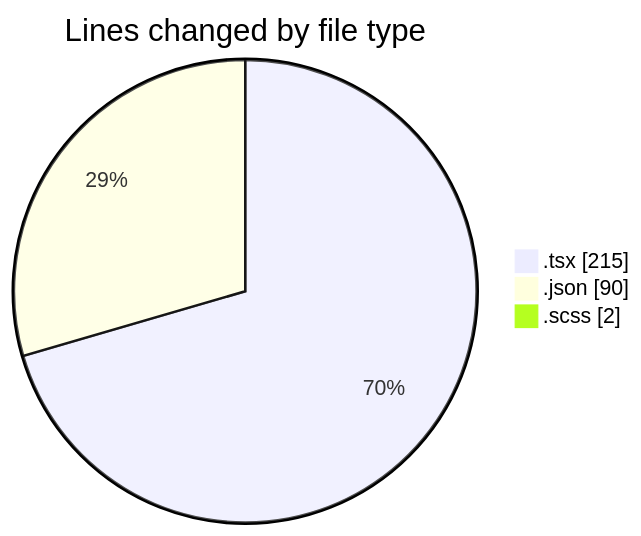
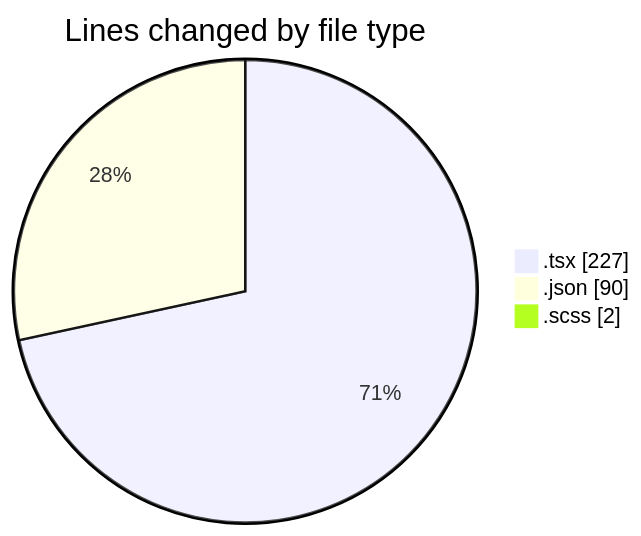
One commit to momahboobian/code-tracking changed the first of 2 diagrams in 2026-05-13/cda/README.md. Above: the diagram before and after it, drawn with Mermaid. The commit also changed other lines of this file and 1 other file, not shown here.

````diff
--- a/2026-05-13/cda/README.md
+++ b/2026-05-13/cda/README.md
@@ -24,7 +24,7 @@
 ```mermaid
 pie showData
 title Lines changed by file type
-".tsx" : 215
+".tsx" : 227
 ".json" : 90
 ".scss" : 2
 ```
````
